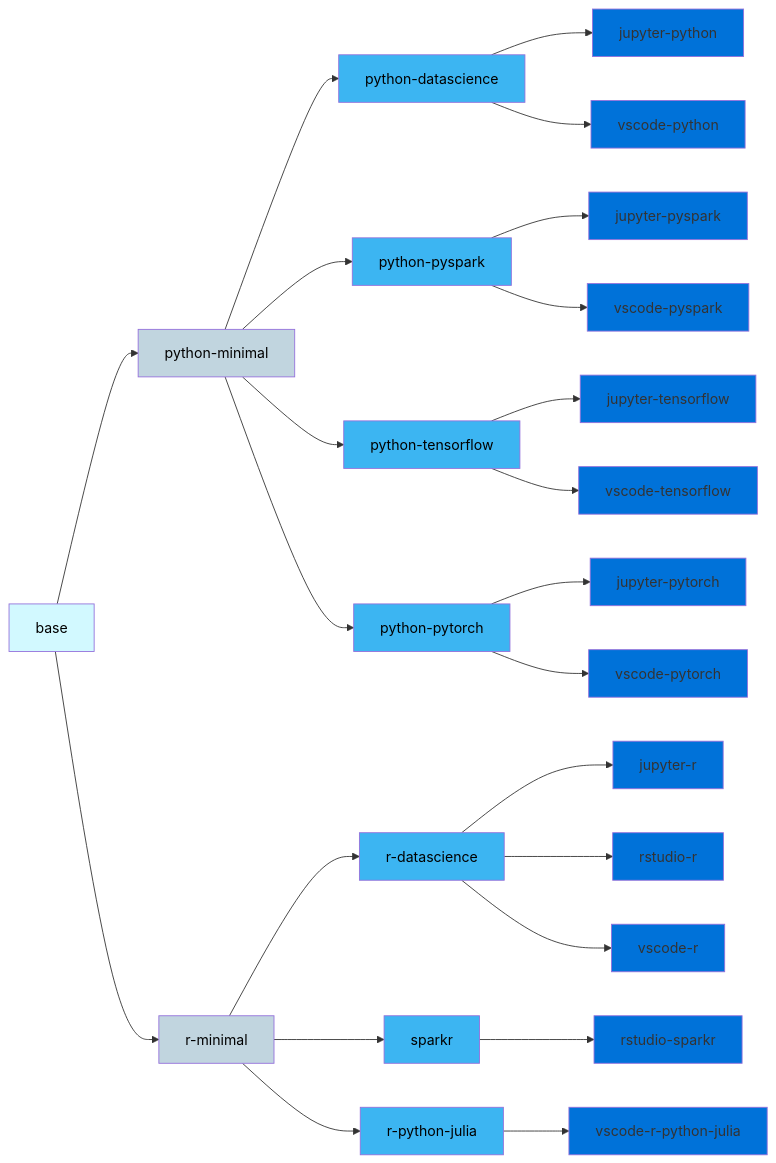
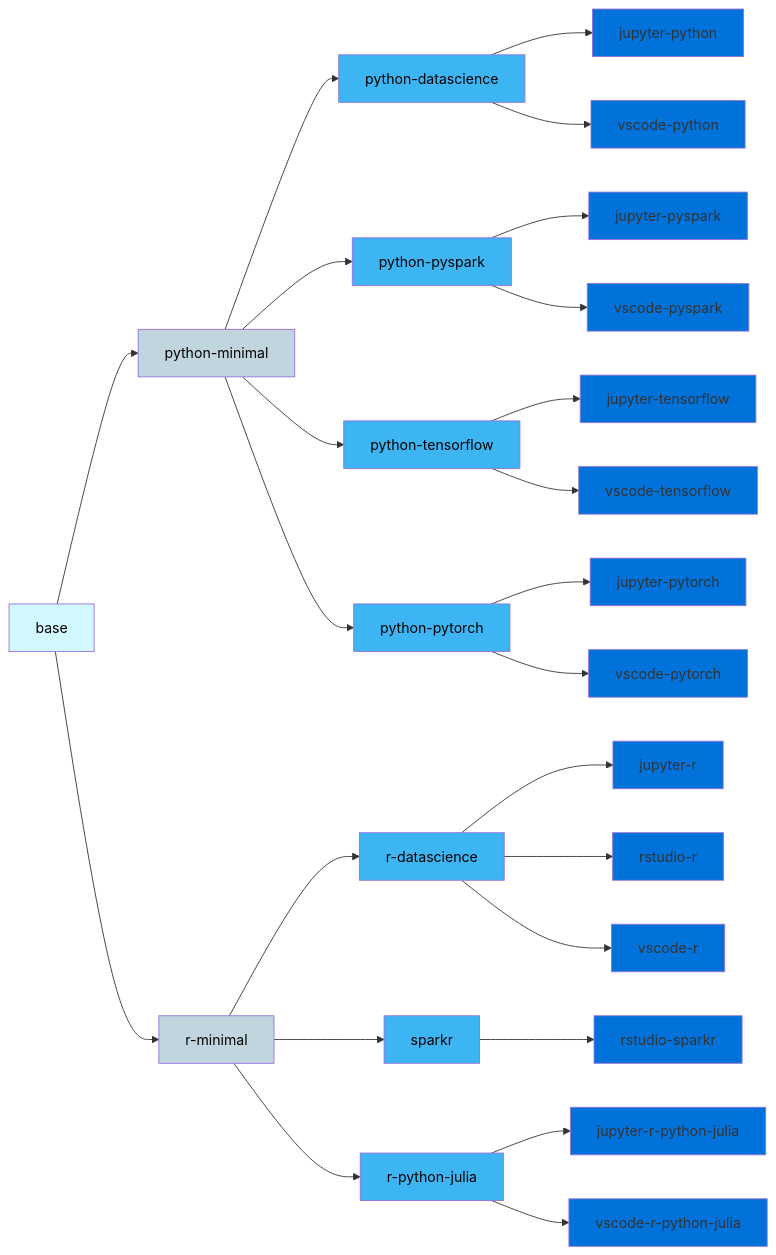
One commit to InseeFrLab/images-datascience changed the diagram in README.md. Above: the diagram before and after it, drawn with Mermaid. The commit also changed other lines of this file and 70 other files, not shown here.

````diff
--- a/README.md
+++ b/README.md
@@ -15,29 +15,30 @@
 ```mermaid
   graph LR;
       B[base]:::base-->PM[python-minimal]:::minimal;
       B-->RM[r-minimal]:::minimal;
       PM-->PYDS[python-datascience]:::package;
       PM-->PYSPARK[python-pyspark]:::package;
       PM-->PYTENSORFLOW[python-tensorflow]:::package;
       PM-->PYTORCH[python-pytorch]:::package;
       RM-->RDS[r-datascience]:::package;
       RM-->RSPARK[sparkr]:::package;
       RM-->RPYJU[r-python-julia]:::package;
       PYSPARK--> JPYSPARK[jupyter-pyspark]:::ide;
       PYDS--> JPYDS[jupyter-python]:::ide;
       PYTENSORFLOW--> JPYTENSORFLOW[jupyter-tensorflow]:::ide;
       PYTORCH--> JPYTORCH[jupyter-pytorch]:::ide;
       PYSPARK--> VSCODEPYSPARK[vscode-pyspark]:::ide;
       PYDS--> VSCODEPYDS[vscode-python]:::ide;
       PYTENSORFLOW--> VSCODEPYTENSORFLOW[vscode-tensorflow]:::ide;
       PYTORCH--> VSCODEPYTORCH[vscode-pytorch]:::ide;
       RDS--> JRDS[jupyter-r]:::ide;
       RSPARK -->RSTUDIOSPARKR[rstudio-sparkr]:::ide;
       RDS--> RSTUDIORDS[rstudio-r]:::ide;
       RDS--> VSCODER[vscode-r]:::ide;
+      RPYJU--> JRPYJU[jupyter-r-python-julia]:::ide;
       RPYJU--> VSCODERPYJU[vscode-r-python-julia]:::ide;
       classDef base fill:#d2f9ff,color:#000  ;
       classDef minimal fill:#C1D5DF,color:#000;
       classDef package fill:#3cb5f2 ,color:#000  ;
       classDef ide fill:#0072d9  ;
 ```
````
